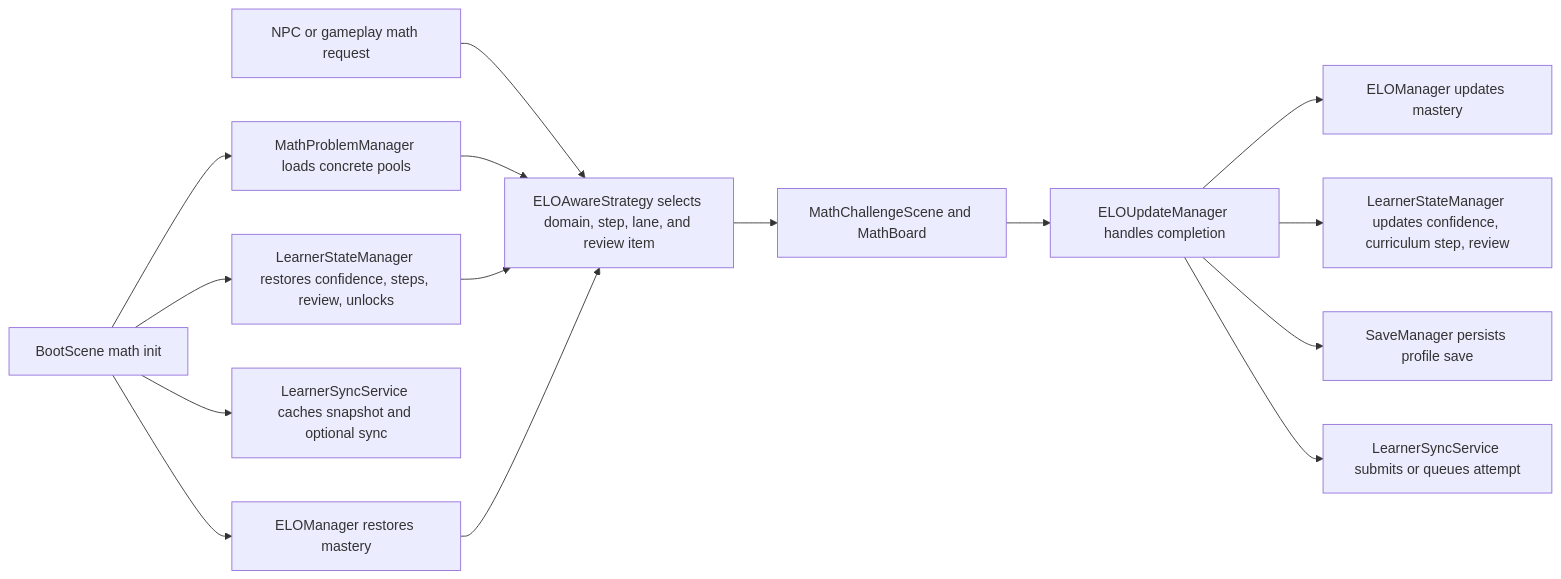
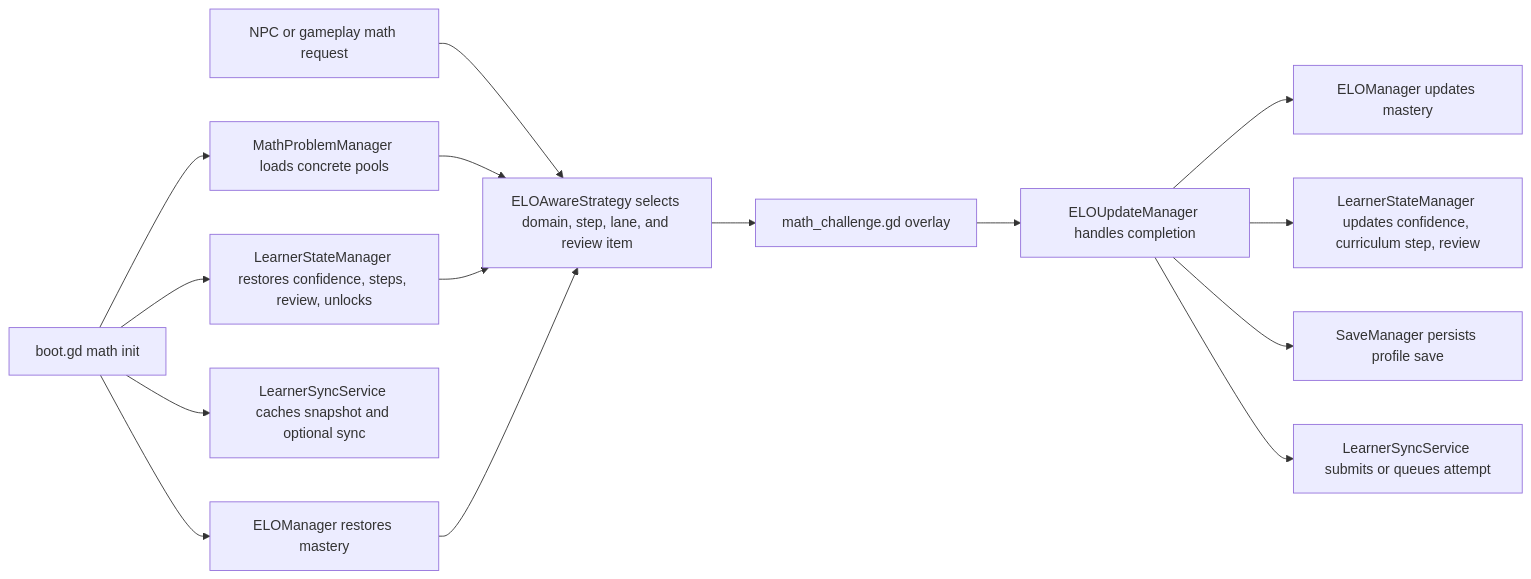
The diagram in MATH_SYSTEM_ARCHITECTURE.md (saemihemma/crowgame), drawn with Mermaid before and after one commit. The commit also changed other lines of this file and 21 other files, not shown here.

````diff
--- a/MATH_SYSTEM_ARCHITECTURE.md
+++ b/MATH_SYSTEM_ARCHITECTURE.md
@@ -26,20 +26,20 @@
 ```mermaid
 flowchart LR
-    Boot["BootScene math init"] --> Pools["MathProblemManager loads concrete pools"]
+    Boot["boot.gd math init"] --> Pools["MathProblemManager loads concrete pools"]
     Boot --> Mastery["ELOManager restores mastery"]
     Boot --> Learner["LearnerStateManager restores confidence, steps, review, unlocks"]
     Boot --> Sync["LearnerSyncService caches snapshot and optional sync"]
 
     Gameplay["NPC or gameplay math request"] --> Select["ELOAwareStrategy selects domain, step, lane, and review item"]
     Pools --> Select
     Learner --> Select
     Mastery --> Select
 
-    Select --> Challenge["MathChallengeScene and MathBoard"]
+    Select --> Challenge["math_challenge.gd overlay"]
     Challenge --> Update["ELOUpdateManager handles completion"]
 
     Update --> MasteryWrite["ELOManager updates mastery"]
     Update --> LearnerWrite["LearnerStateManager updates confidence, curriculum step, review"]
     Update --> Save["SaveManager persists profile save"]
     Update --> SyncWrite["LearnerSyncService submits or queues attempt"]
 ```
````
